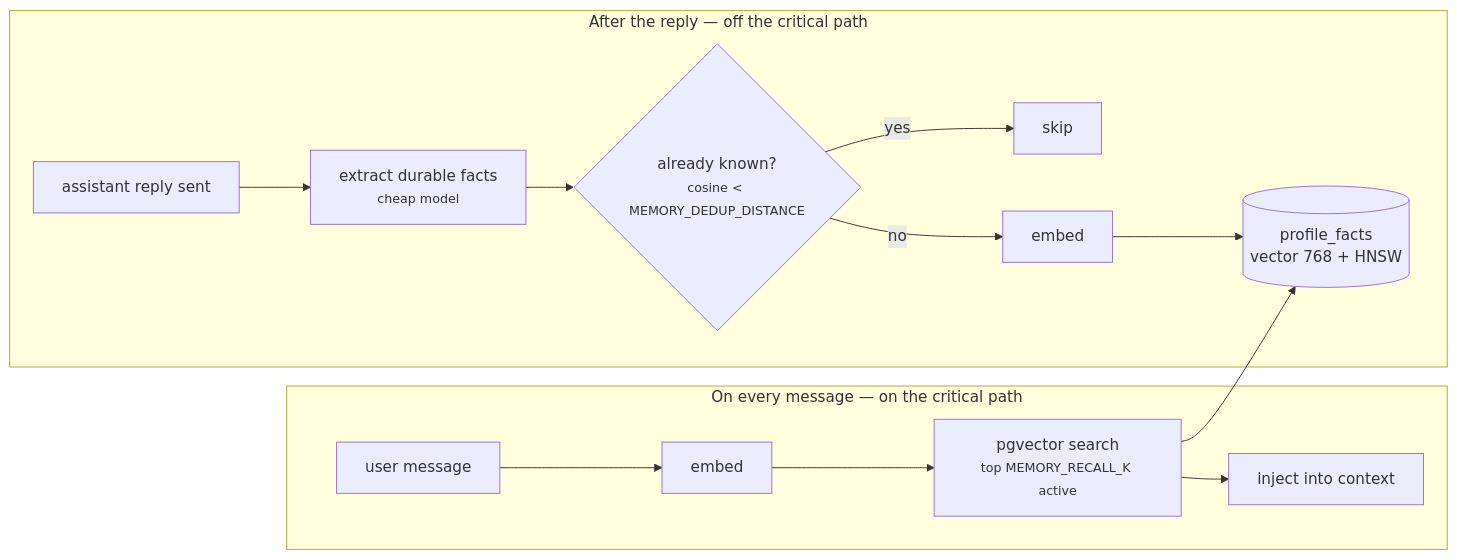
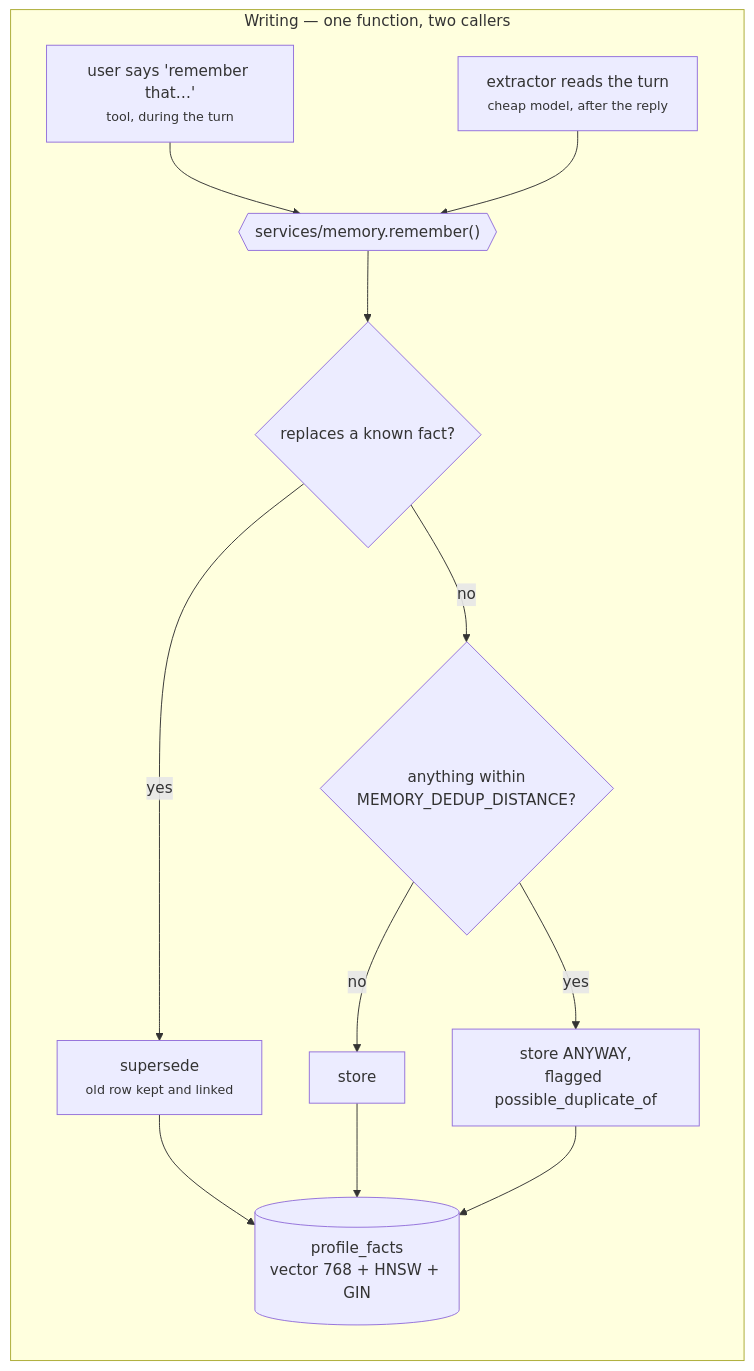
One commit to narendra632/aceroai changed the fourth of 8 diagrams in docs/ARCHITECTURE.md. Above: the diagram before and after it, drawn with Mermaid. The commit also changed other lines of this file and 51 other files, not shown here.

First line of the commit message:
feat(memory): tools the assistant can actually write with, and recall that discriminates

````diff
--- a/docs/ARCHITECTURE.md
+++ b/docs/ARCHITECTURE.md
@@ -240,15 +245,15 @@
 ```mermaid
 flowchart LR
-    subgraph write ["After the reply — off the critical path"]
-        A[assistant reply sent] --> B[extract durable facts<br/><small>cheap model</small>]
-        B --> C{already known?<br/><small>cosine &lt; MEMORY_DEDUP_DISTANCE</small>}
-        C -->|yes| D[skip]
-        C -->|no| E[embed] --> F[(profile_facts<br/>vector 768 + HNSW)]
-    end
-    subgraph read ["On every message — on the critical path"]
-        G[user message] --> H[embed]
-        H --> I[pgvector search<br/><small>top MEMORY_RECALL_K active</small>]
-        I --> F
-        I --> J[inject into context]
+    subgraph write ["Writing — one function, two callers"]
+        T["user says 'remember that…'<br/><small>tool, during the turn</small>"] --> R
+        X["extractor reads the turn<br/><small>cheap model, after the reply</small>"] --> R
+        R{{"services/memory.remember()"}} --> D{replaces a known fact?}
+        D -->|yes| S["supersede<br/><small>old row kept and linked</small>"]
+        D -->|no| N{"anything within<br/>MEMORY_DEDUP_DISTANCE?"}
+        N -->|no| ST[store]
+        N -->|yes| FL["store ANYWAY,<br/>flagged possible_duplicate_of"]
+        S --> F[(profile_facts<br/>vector 768 + HNSW + GIN)]
+        ST --> F
+        FL --> F
     end
 ```
````
